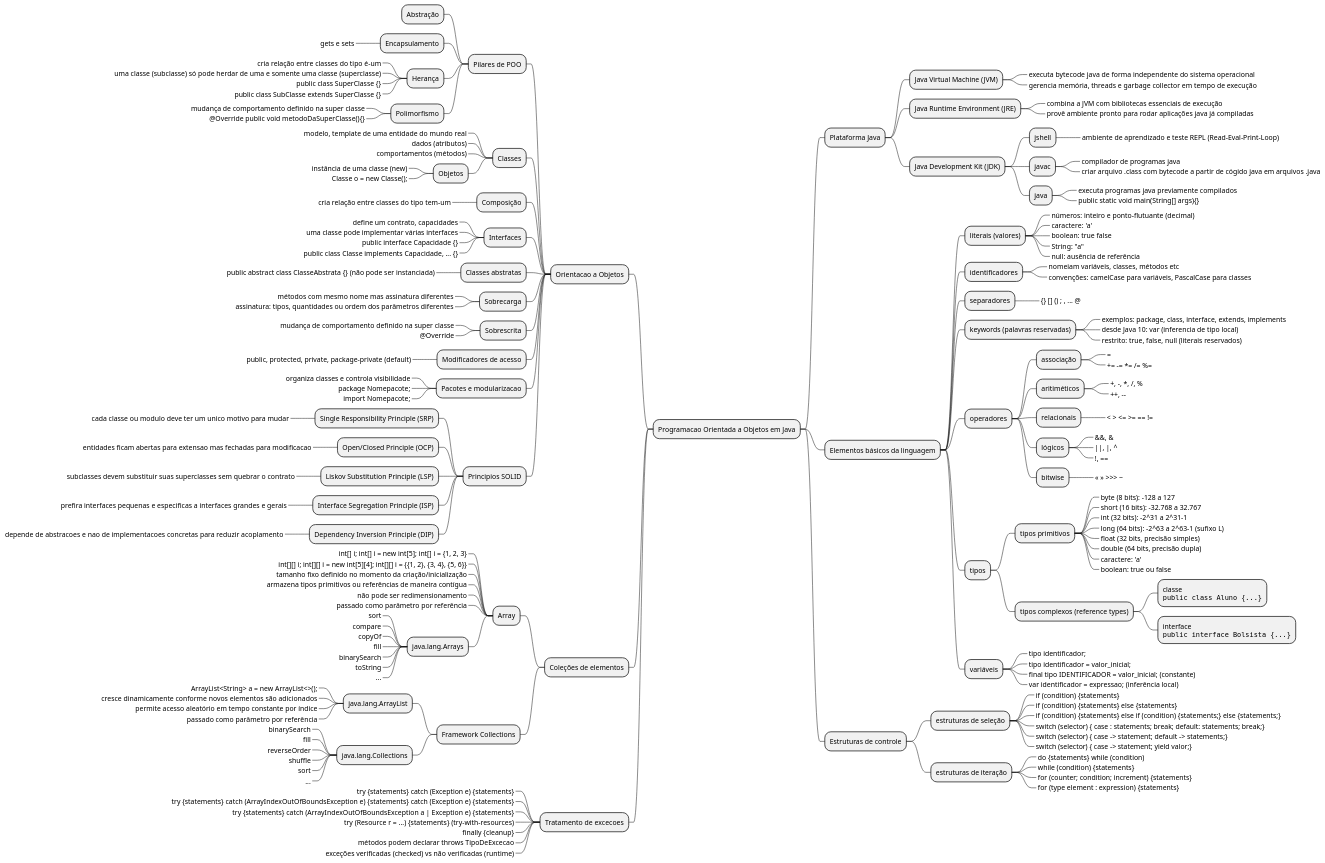
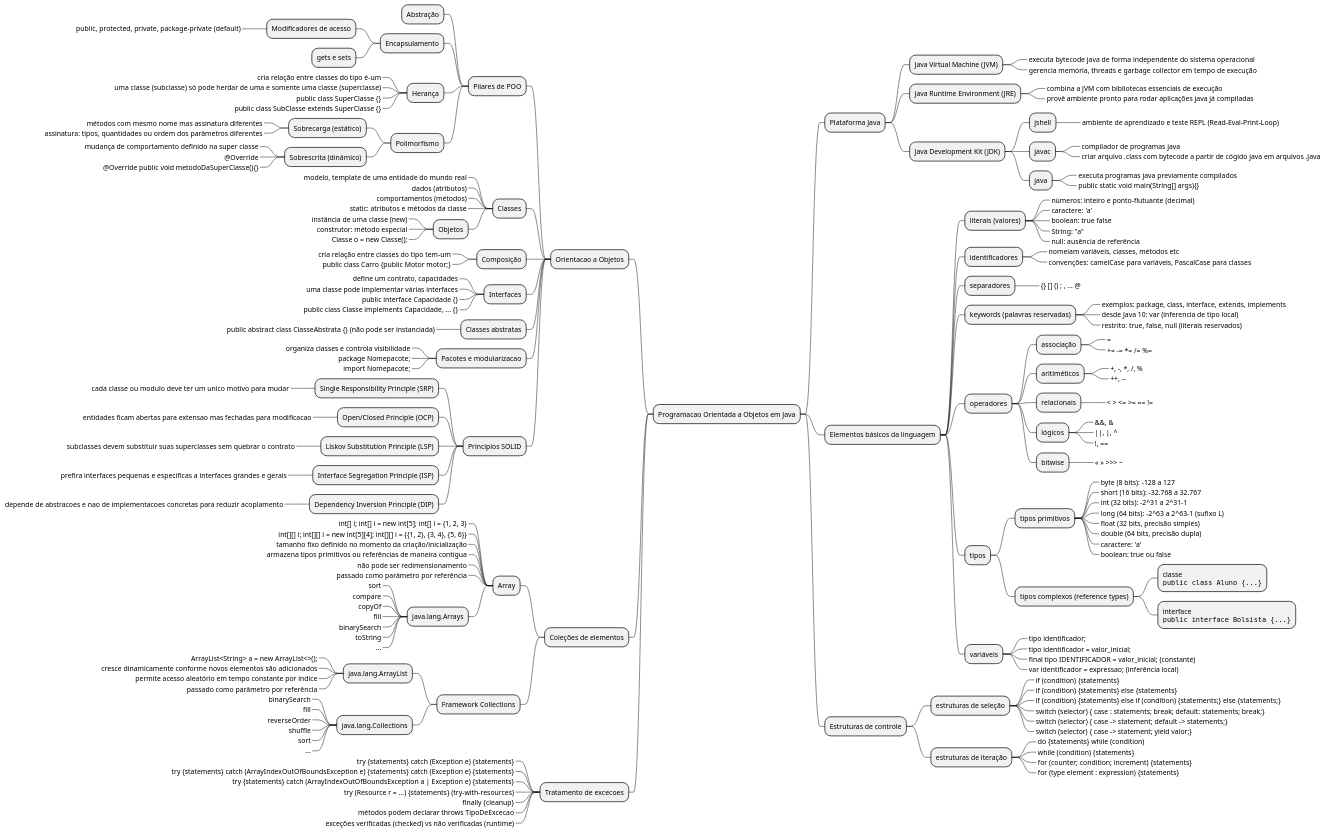
Before and after one commit to caioamorim7/poo: the diagram in lectures/mapa-mental.puml, drawn with PlantUML. The commit also changed 1 other file, not shown here.

```diff
--- a/lectures/mapa-mental.puml
+++ b/lectures/mapa-mental.puml
@@ -1,176 +1,178 @@
 @startmindmap
 * Programacao Orientada a Objetos em Java
 ** Plataforma Java
 *** Java Virtual Machine (JVM)
 ****_ executa bytecode java de forma independente do sistema operacional
 ****_ gerencia memória, threads e garbage collector em tempo de execução
 *** Java Runtime Environment (JRE)
 ****_ combina a JVM com bibliotecas essenciais de execução
 ****_ provê ambiente pronto para rodar aplicações java já compiladas
 *** Java Development Kit (JDK)
 **** jshell
 *****_ ambiente de aprendizado e teste REPL (Read-Eval-Print-Loop)
 **** javac
 *****_ compilador de programas java
 *****_ criar arquivo .class com bytecode a partir de cógido java em arquivos .java
 **** java
 *****_ executa programas java previamente compilados
 *****_ public static void main(String[] args){}
 ** Elementos básicos da linguagem
 *** literais (valores)
 ****_ números: inteiro e ponto-flutuante (decimal)
 ****_ caractere: 'a'
 ****_ boolean: true false
 ****_ String: "a"
 ****_ null: ausência de referência
 *** identificadores
 ****_ nomeiam variáveis, classes, métodos etc
 ****_ convenções: camelCase para variáveis, PascalCase para classes
 *** separadores
 ****_ {} [] () ; , ... @
 *** keywords (palavras reservadas)
 ****_ exemplos: package, class, interface, extends, implements
 ****_ desde Java 10: var (inferencia de tipo local)
 ****_ restrito: true, false, null (literais reservados)
 *** operadores
 **** associação
 *****_ =
 *****_ += -= *= /= %=
 **** aritiméticos
 *****_ +, -, *, /, %
 *****_ ++, --
 **** relacionais
 *****_ < > <= >= == !=
 **** lógicos
 *****_ &&, &
 *****_ ||, |, ^
 *****_ !, ==
 **** bitwise
 *****_ << >> >>> ~
 *** tipos
 **** tipos primitivos
 *****_ byte (8 bits): -128 a 127
 *****_ short (16 bits): -32.768 a 32.767
 *****_ int (32 bits): -2^31 a 2^31-1
 *****_ long (64 bits): -2^63 a 2^63-1 (sufixo L)
 *****_ float (32 bits, precisão simples)
 *****_ double (64 bits, precisão dupla)
 *****_ caractere: 'a'
 *****_ boolean: true ou false
 **** tipos complexos (reference types)
 *****:classe
 <code>
 public class Aluno {...}
 </code>;
 *****:interface
 <code>
 public interface Bolsista {...}
 </code>;
 *** variáveis
 ****_ tipo identificador;
 ****_ tipo identificador = valor_inicial;
 ****_ final tipo IDENTIFICADOR = valor_inicial; (constante)
 ****_ var identificador = expressao; (inferência local)
 ** Estruturas de controle
 *** estruturas de seleção
 ****_ if (condition) {statements}
 ****_ if (condition) {statements} else {statements}
 ****_ if (condition) {statements} else if (condition) {statements;} else {statements;}
 ****_ switch (selector) { case : statements; break; default: statements; break;}
 ****_ switch (selector) { case -> statement; default -> statements;}
 ****_ switch (selector) { case -> statement; yield valor;}
 *** estruturas de iteração
 ****_ do {statements} while (condition)
 ****_ while (condition) {statements}
 ****_ for (counter; condition; increment) {statements}
 ****_ for (type element : expression) {statements}
 -- Orientacao a Objetos
 --- Pilares de POO
 ---- Abstração
 ---- Encapsulamento
------_ gets e sets
+----- Modificadores de acesso
+------_ public, protected, private, package-private (default)
+----- gets e sets
 ---- Herança
 -----_ cria relação entre classes do tipo é-um
 -----_ uma classe (subclasse) só pode herdar de uma e somente uma classe (superclasse)
 -----_ public class SuperClasse {}
 -----_ public class SubClasse extends SuperClasse {}
 ---- Polimorfismo
------_ mudança de comportamento definido na super classe
------_ @Override public void metodoDaSuperClasse(){}
+----- Sobrecarga (estático)
+------_ métodos com mesmo nome mas assinatura diferentes
+------_ assinatura: tipos, quantidades ou ordem dos parâmetros diferentes
+----- Sobrescrita (dinâmico)
+------_ mudança de comportamento definido na super classe
+------_ @Override
+------_ @Override public void metodoDaSuperClasse(){}
 --- Classes
 ----_ modelo, template de uma entidade do mundo real
 ----_ dados (atributos)
 ----_ comportamentos (métodos)
+----_ static: atributos e métodos da classe
 ---- Objetos
 -----_ instância de uma classe (new)
+-----_ construtor: método especial
 -----_ Classe o = new Classe();
 --- Composição
 ----_ cria relação entre classes do tipo tem-um
+----_ public class Carro {public Motor motor;}
 --- Interfaces
 ----_ define um contrato, capacidades
 ----_ uma classe pode implementar várias interfaces
 ----_ public interface Capacidade {}
 ----_ public class Classe implements Capacidade, ... {}
 --- Classes abstratas
 ----_ public abstract class ClasseAbstrata {} (não pode ser instanciada)
---- Sobrecarga
-----_ métodos com mesmo nome mas assinatura diferentes
-----_ assinatura: tipos, quantidades ou ordem dos parâmetros diferentes
---- Sobrescrita
-----_ mudança de comportamento definido na super classe
-----_ @Override
---- Modificadores de acesso
-----_ public, protected, private, package-private (default)
 --- Pacotes e modularizacao
 ----_ organiza classes e controla visibilidade
 ----_ package Nomepacote;
 ----_ import Nomepacote;
 --- Principios SOLID
 ---- Single Responsibility Principle (SRP)
 -----_ cada classe ou modulo deve ter um unico motivo para mudar
 ---- Open/Closed Principle (OCP)
 -----_ entidades ficam abertas para extensao mas fechadas para modificacao
 ---- Liskov Substitution Principle (LSP)
 -----_ subclasses devem substituir suas superclasses sem quebrar o contrato
 ---- Interface Segregation Principle (ISP)
 -----_ prefira interfaces pequenas e especificas a interfaces grandes e gerais
 ---- Dependency Inversion Principle (DIP)
 -----_ depende de abstracoes e nao de implementacoes concretas para reduzir acoplamento
 -- Coleções de elementos
 --- Array
 ----_ int[] i; int[] i = new int[5]; int[] i = {1, 2, 3}
 ----_ int[][] i; int[][] i = new int[5][4]; int[][] i = {{1, 2}, {3, 4}, {5, 6}}
 ----_ tamanho fixo definido no momento da criação/inicialização
 ----_ armazena tipos primitivos ou referências de maneira contígua
 ----_ não pode ser redimensionamento
 ----_ passado como parâmetro por referência
 ---- java.lang.Arrays
 -----_ sort
 -----_ compare
 -----_ copyOf
 -----_ fill
 -----_ binarySearch
 -----_ toString
 -----_ ...
 --- Framework Collections
 ---- java.lang.ArrayList
 -----_ ArrayList<String> a = new ArrayList<>();
 -----_ cresce dinamicamente conforme novos elementos são adicionados
 -----_ permite acesso aleatório em tempo constante por índice
 -----_ passado como parâmetro por referência
 ---- java.lang.Collections
 -----_ binarySearch
 -----_ fill
 -----_ reverseOrder
 -----_ shuffle
 -----_ sort
 -----_ ...
 -- Tratamento de excecoes
 ---_ try {statements} catch (Exception e) {statements}
 ---_ try {statements} catch (ArrayIndexOutOfBoundsException e) {statements} catch (Exception e) {statements}
 ---_ try {statements} catch (ArrayIndexOutOfBoundsException a | Exception e) {statements}
 ---_ try (Resource r = ...) {statements} (try-with-resources)
 ---_ finally {cleanup}
 ---_ métodos podem declarar throws TipoDeExcecao
 ---_ exceções verificadas (checked) vs não verificadas (runtime)
 @endmindmap
```
